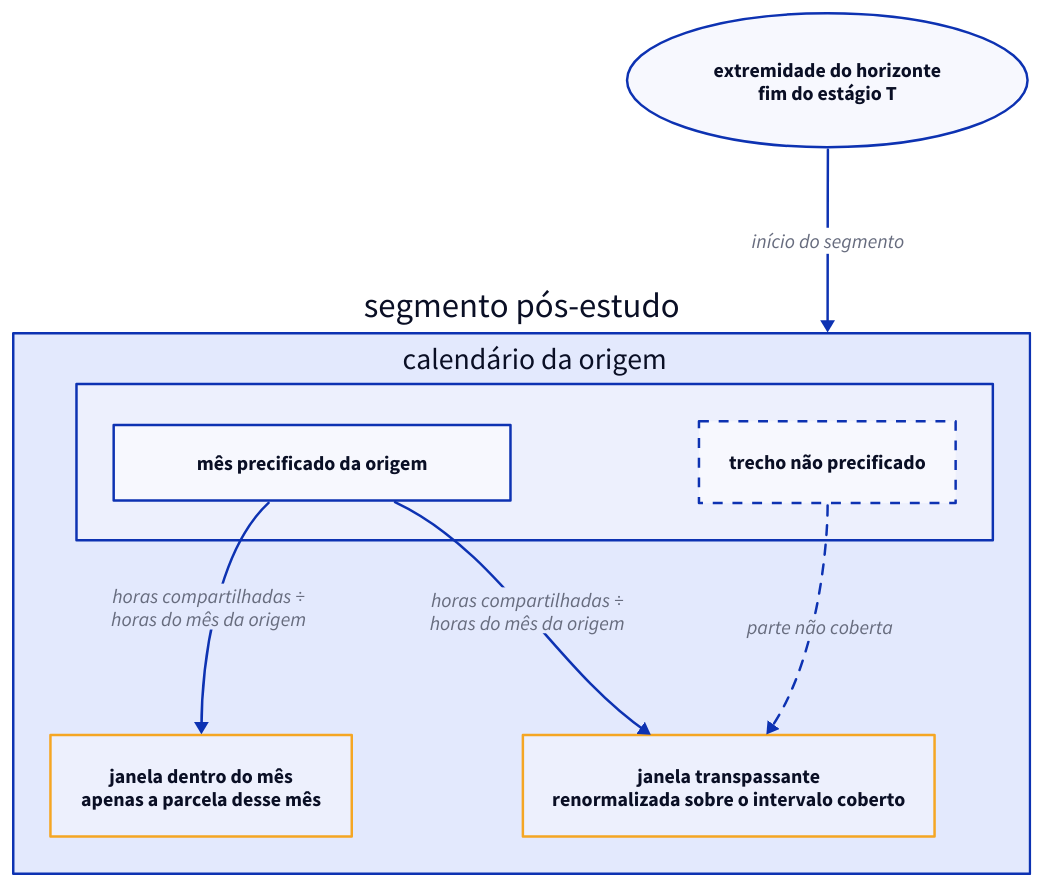
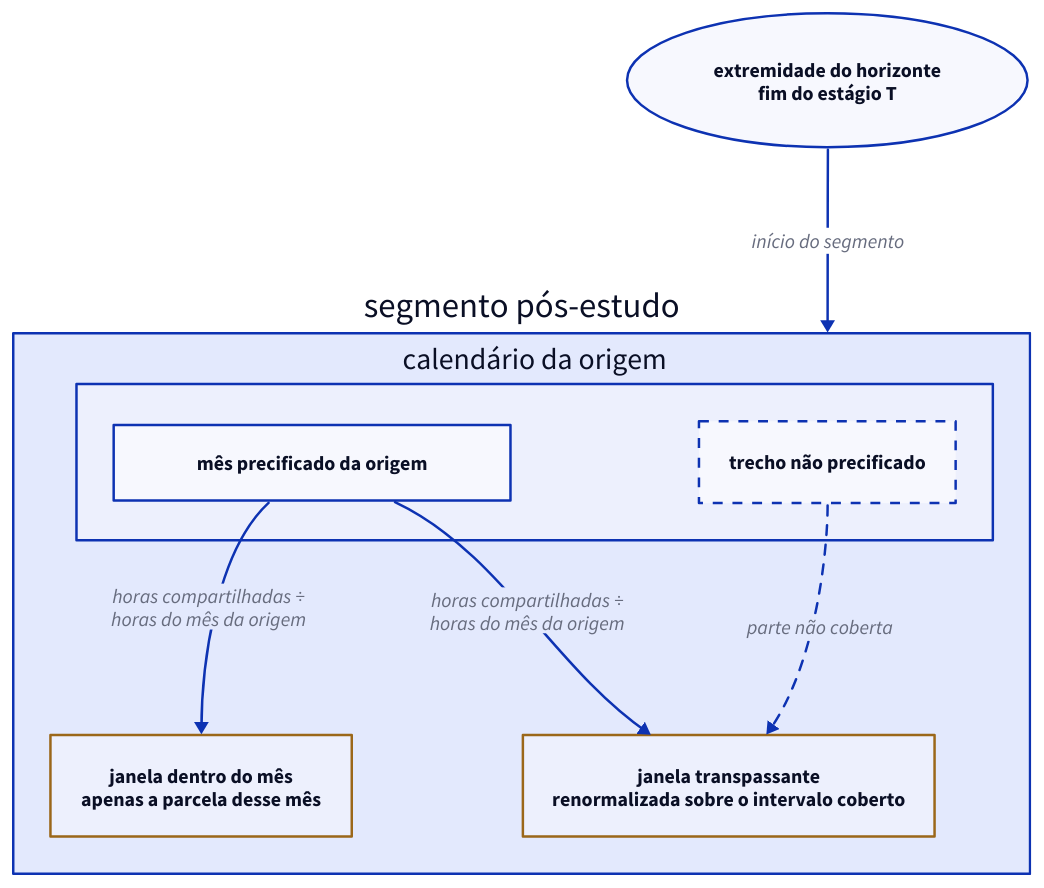
Before and after one commit to ons-ccee-epe/novomodelo-docs: the second of 3 diagrams in src/content/docs/pt-br/math/post-study-boundary.md, drawn with D2. The commit also changed other lines of this file and 31 other files, not shown here.

First line of the commit message:
feat(ui): give diagrams, charts, entities and asides the element palette

````diff
--- a/src/content/docs/pt-br/math/post-study-boundary.md
+++ b/src/content/docs/pt-br/math/post-study-boundary.md
@@ -216,24 +216,24 @@
 ```d2
 direction: down
 
 classes: {
-  thermal: {style: {stroke: "#f5a623"}}
+  thermal: {style: {stroke: "#9b6719"}}
 }
 
 horizon: "extremidade do horizonte\nfim do estágio T" {shape: oval}
 
 post: "segmento pós-estudo" {
   source: "calendário da origem" {
     month: "mês precificado da origem" {width: 320}
     gap: "trecho não precificado" {style.stroke-dash: 4}
   }
   inside: "janela dentro do mês\napenas a parcela desse mês" {class: thermal}
   straddle: "janela transpassante\nrenormalizada sobre o intervalo coberto" {class: thermal}
 
   source.month -> inside: "horas compartilhadas ÷\nhoras do mês da origem"
   source.month -> straddle: "horas compartilhadas ÷\nhoras do mês da origem"
   source.gap -> straddle: "parte não coberta" {style.stroke-dash: 4}
 }
 
 horizon -> post: "início do segmento"
 ```
````
